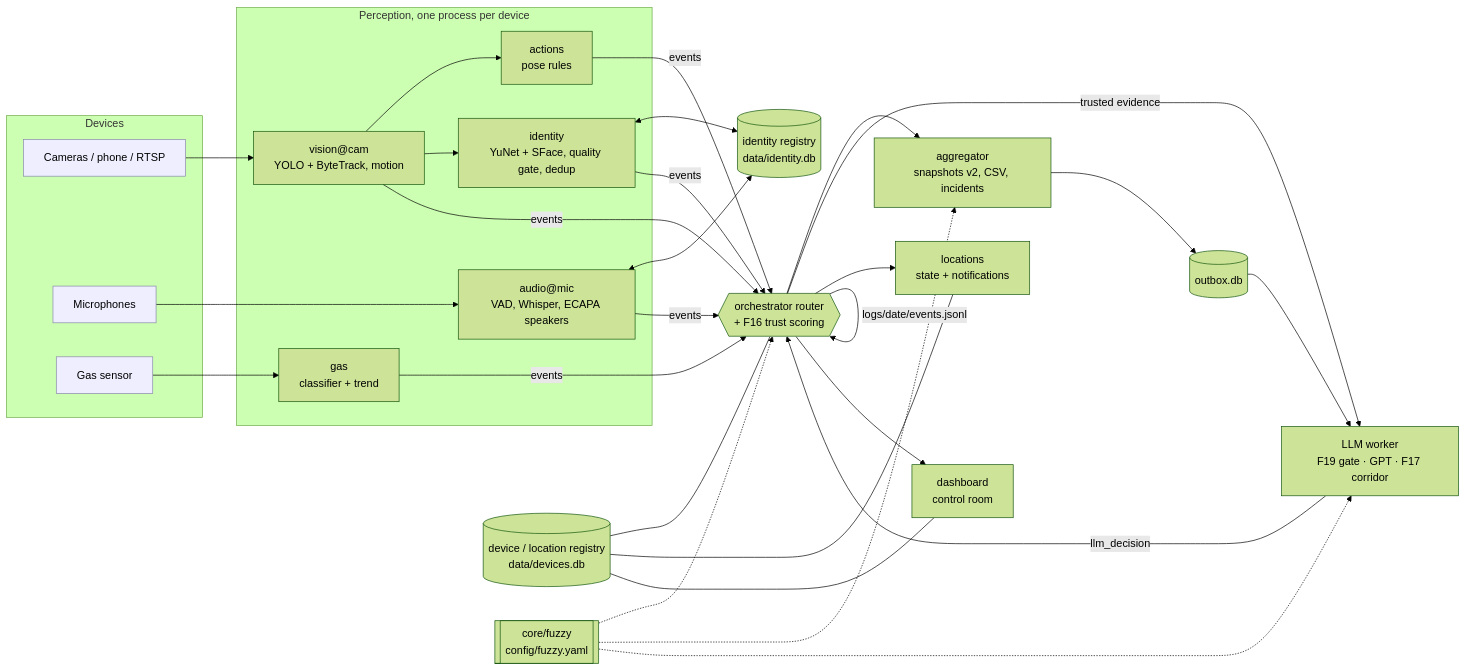
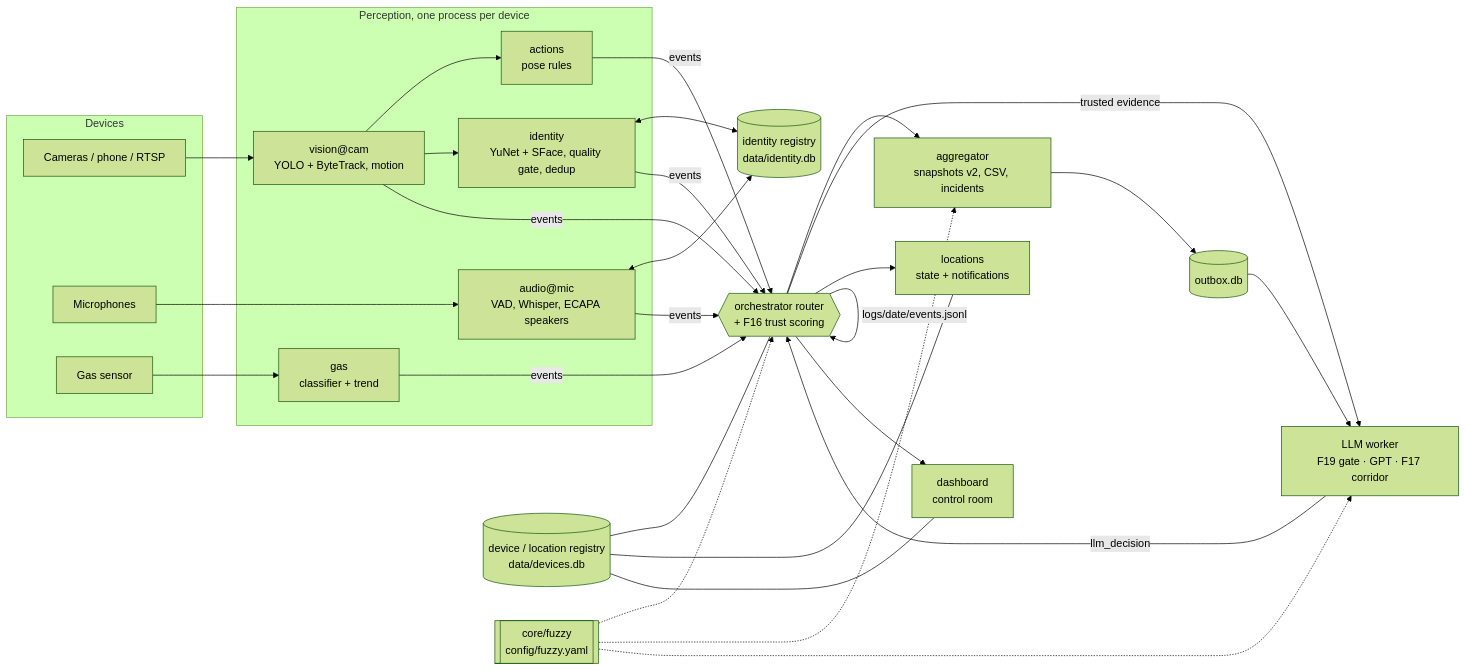
The first of 2 diagrams in README.md (TodaysMonkeyJob/pythonProject1), drawn with Mermaid (forest theme) before and after one commit.

Commit message:
Refactor mermaid diagram in README.md
Updated the mermaid diagram in README.md to remove unnecessary styling.

````diff
--- a/README.md
+++ b/README.md
@@ -19,39 +19,38 @@
 ```mermaid
 flowchart LR
   subgraph Devices
-    CAM["Cameras / phone / RTSP"]:::dev
-    MIC["Microphones"]:::dev
-    GAS["Gas sensor"]:::dev
+    CAM["Cameras / phone / RTSP"]
+    MIC["Microphones"]
+    GAS["Gas sensor"]
   end
   subgraph Perception["Perception, one process per device"]
     VIS["vision@cam<br/>YOLO + ByteTrack, motion"]
     ACT["actions<br/>pose rules"]
     IDN["identity<br/>YuNet + SFace, quality gate, dedup"]
     AUD["audio@mic<br/>VAD, Whisper, ECAPA speakers"]
     GASM["gas<br/>classifier + trend"]
   end
   REG[("identity registry<br/>data/identity.db")]
   DEV[("device / location registry<br/>data/devices.db")]
   ORCH{{"orchestrator router<br/>+ F16 trust scoring"}}
   AGG["aggregator<br/>snapshots v2, CSV, incidents"]
   OUT[("outbox.db")]
   LLM["LLM worker<br/>F19 gate · GPT · F17 corridor"]
   LOC["locations<br/>state + notifications"]
   DASH["dashboard<br/>control room"]
   FUZ[["core/fuzzy<br/>config/fuzzy.yaml"]]
 
   CAM --> VIS --> ACT & IDN
   MIC --> AUD
   GAS --> GASM
   IDN <--> REG
   AUD <--> REG
   VIS & ACT & IDN & AUD & GASM -->|"events"| ORCH
   ORCH -->|"logs/date/events.jsonl"| ORCH
   ORCH --> AGG --> OUT --> LLM
   ORCH -->|"trusted evidence"| LLM
   LLM -->|"llm_decision"| ORCH
   ORCH --> LOC & DASH
   DEV --- ORCH & LOC & DASH
   FUZ -.-> ORCH & AGG & LLM
-  classDef dev fill:#eef,stroke:#88a
 ```
````
